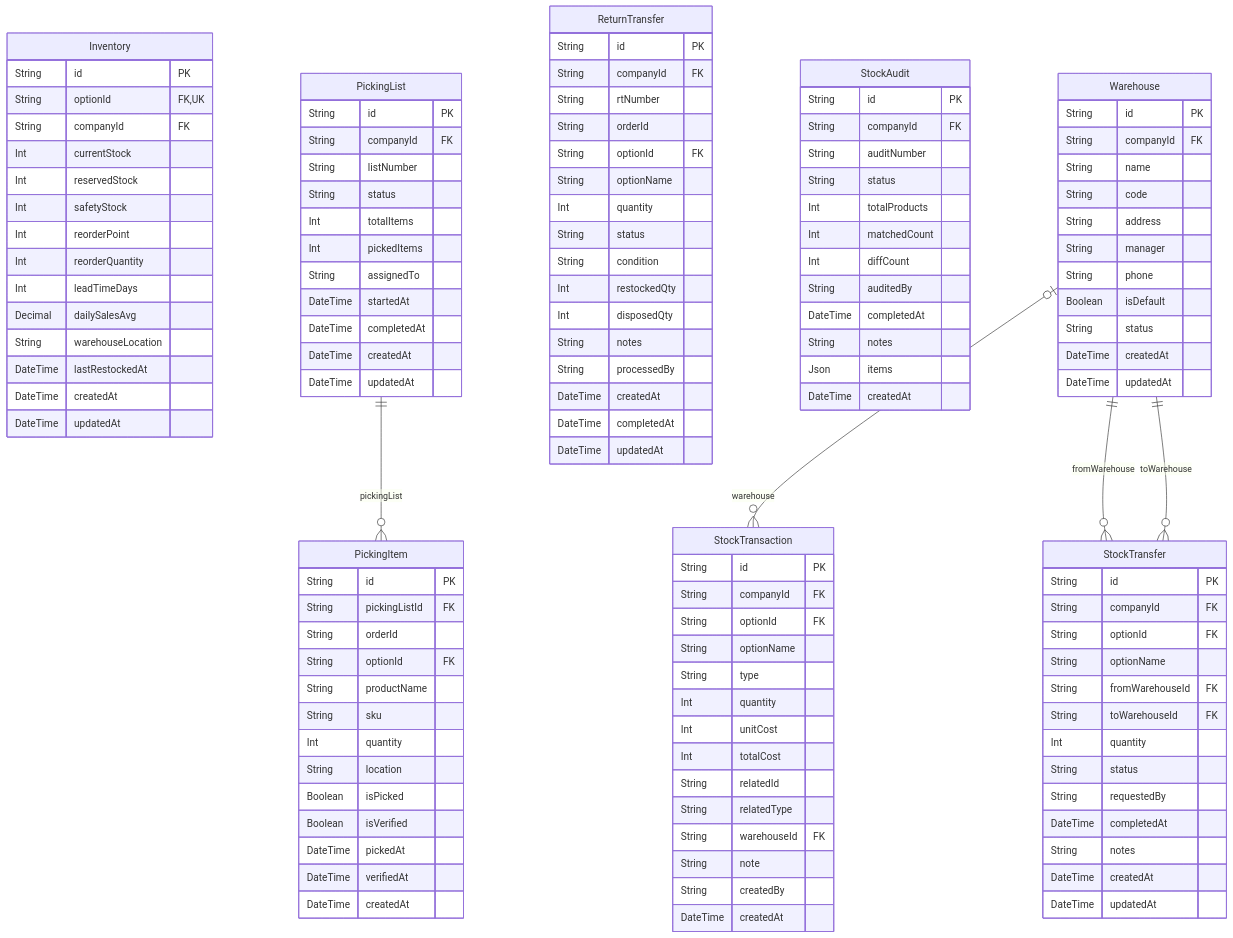
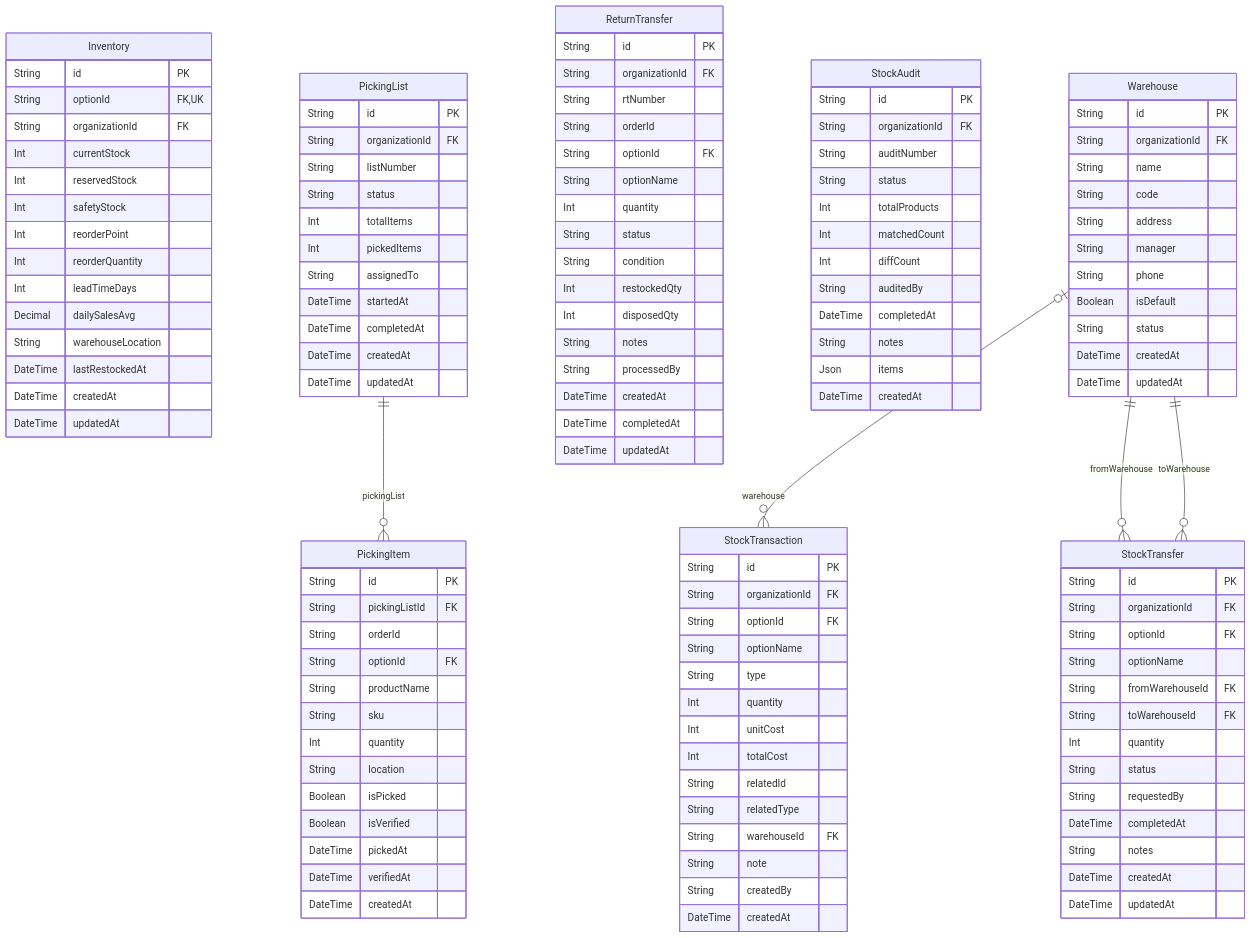
One commit to AgentFoundry-Labs/kiditem changed the diagram in docs/erd/inventory.md. Above: the diagram before and after it, drawn with Mermaid. The commit also changed other lines of this file and 531 other files, not shown here.

```diff
--- a/docs/erd/inventory.md
+++ b/docs/erd/inventory.md
@@ -25,7 +25,7 @@
   Inventory {
     String id PK
     String optionId FK,UK
-    String companyId FK
+    String organizationId FK
     Int currentStock
     Int reservedStock
     Int safetyStock
@@ -55,7 +55,7 @@
   }
   PickingList {
     String id PK
-    String companyId FK
+    String organizationId FK
     String listNumber
     String status
     Int totalItems
@@ -68,7 +68,7 @@
   }
   ReturnTransfer {
     String id PK
-    String companyId FK
+    String organizationId FK
     String rtNumber
     String orderId
     String optionId FK
@@ -86,7 +86,7 @@
   }
   StockAudit {
     String id PK
-    String companyId FK
+    String organizationId FK
     String auditNumber
     String status
     Int totalProducts
@@ -100,7 +100,7 @@
   }
   StockTransaction {
     String id PK
-    String companyId FK
+    String organizationId FK
     String optionId FK
     String optionName
     String type
@@ -116,7 +116,7 @@
   }
   StockTransfer {
     String id PK
-    String companyId FK
+    String organizationId FK
     String optionId FK
     String optionName
     String fromWarehouseId FK
@@ -131,7 +131,7 @@
   }
   Warehouse {
     String id PK
-    String companyId FK
+    String organizationId FK
     String name
     String code
     String address
```
